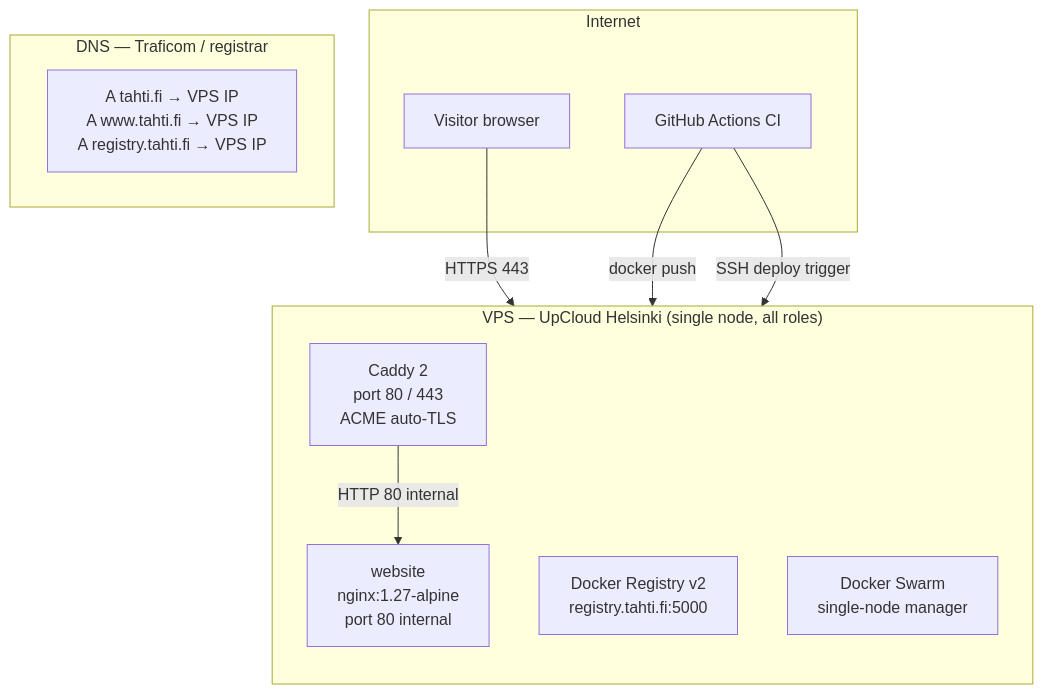
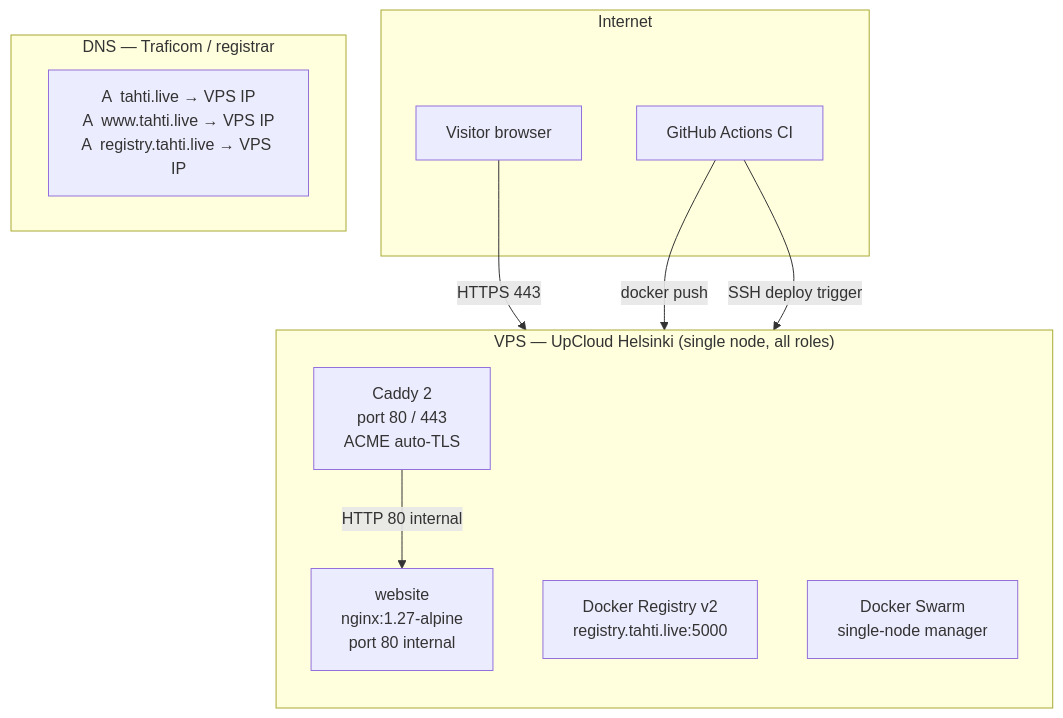
The first of 2 diagrams in docs/technical/phase-1.md (janiluuk/tahti-org), drawn with Mermaid before and after one commit. The commit also changed other lines of this file and 148 other files, not shown here.

First line of the commit message:
feat(m10): member governance, chat polish, domain rename to tahti.live

````diff
--- a/docs/technical/phase-1.md
+++ b/docs/technical/phase-1.md
@@ -13,24 +13,24 @@
 ```mermaid
 graph TB
     subgraph Internet
         V[Visitor browser]
         CI[GitHub Actions CI]
     end
 
     subgraph VPS ["VPS — UpCloud Helsinki (single node, all roles)"]
         direction TB
         Caddy[Caddy 2\nport 80 / 443\nACME auto-TLS]
         Website[website\nnginx:1.27-alpine\nport 80 internal]
-        Reg[Docker Registry v2\nregistry.tahti.fi:5000]
+        Reg[Docker Registry v2\nregistry.tahti.live:5000]
         Swarm[Docker Swarm\nsingle-node manager]
     end
 
     subgraph DNS ["DNS — Traficom / registrar"]
-        A_rec["A  tahti.fi → VPS IP\nA  www.tahti.fi → VPS IP\nA  registry.tahti.fi → VPS IP"]
+        A_rec["A  tahti.live → VPS IP\nA  www.tahti.live → VPS IP\nA  registry.tahti.live → VPS IP"]
     end
 
     V -- HTTPS 443 --> Caddy
     Caddy -- HTTP 80 internal --> Website
     CI -- docker push --> Reg
     CI -- SSH deploy trigger --> Swarm
 ```
````
